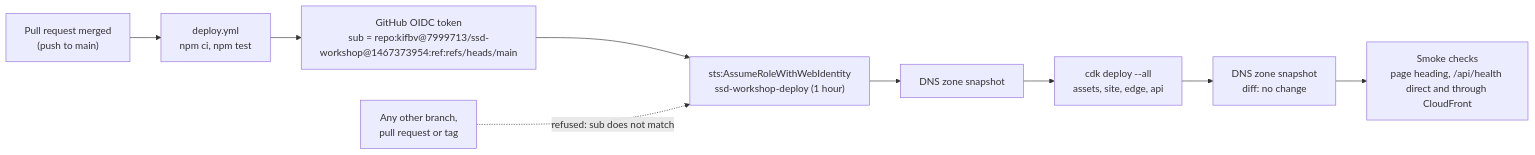
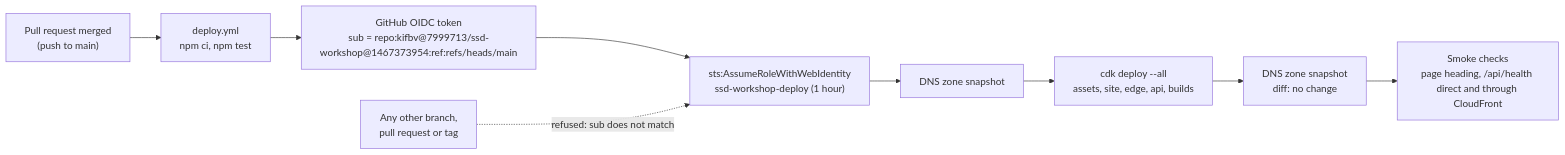
Before and after one commit to kifbv/ssd-workshop: the first of 2 diagrams in infra/README.md, drawn with Mermaid. The commit also changed other lines of this file and 6 other files, not shown here.

````diff
--- a/infra/README.md
+++ b/infra/README.md
@@ -27,11 +29,11 @@
 ```mermaid
 flowchart LR
   merge["Pull request merged<br/>(push to main)"] --> wf["deploy.yml<br/>npm ci, npm test"]
   wf --> oidc["GitHub OIDC token<br/>sub = repo:kifbv@7999713/ssd-workshop@1467373954:ref:refs/heads/main"]
   oidc --> role["sts:AssumeRoleWithWebIdentity<br/>ssd-workshop-deploy (1 hour)"]
   role --> before["DNS zone snapshot"]
-  before --> cdk["cdk deploy --all<br/>assets, site, edge, api"]
+  before --> cdk["cdk deploy --all<br/>assets, site, edge, api, builds"]
   cdk --> after["DNS zone snapshot<br/>diff: no change"]
   after --> smoke["Smoke checks<br/>page heading, /api/health direct and through CloudFront"]
   other["Any other branch,<br/>pull request or tag"] -.->|"refused: sub does not match"| role
 ```
````
